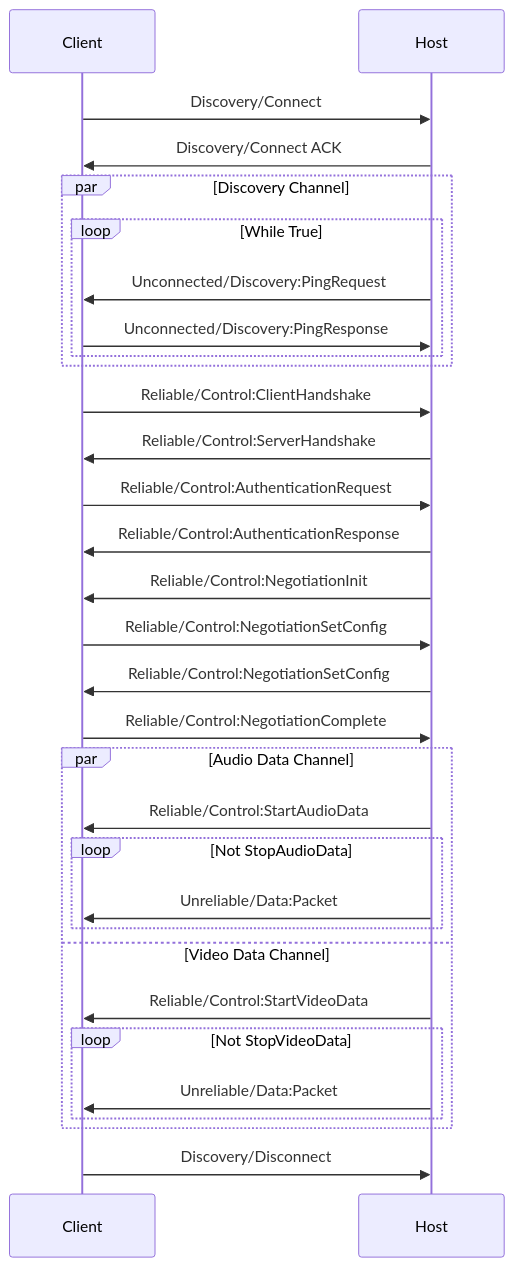
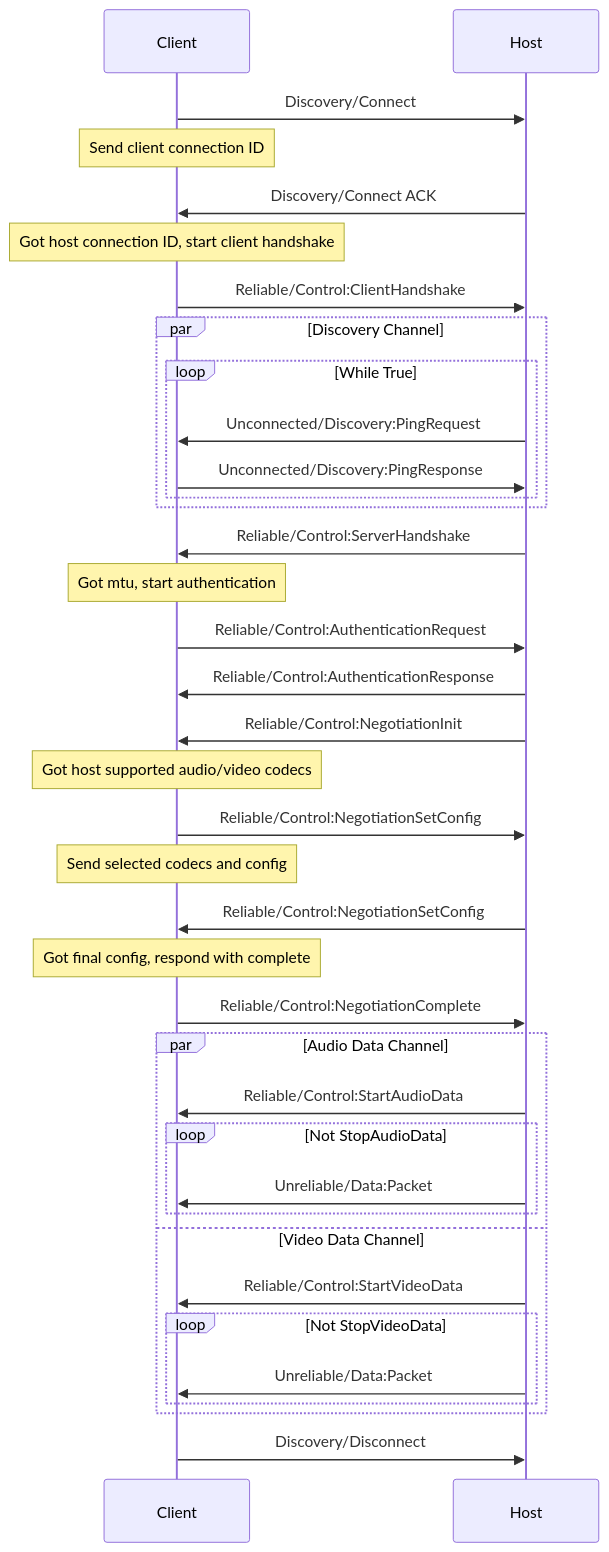
Before and after one commit to mariotaku/steamlink.py: the diagram in session/README.md, drawn with Mermaid.

````diff
--- a/session/README.md
+++ b/session/README.md
@@ -3,31 +3,37 @@
 ```mermaid
 sequenceDiagram
   Client ->> Host: Discovery/Connect
+  Note over Client: Send client connection ID
   Host ->> Client: Discovery/Connect ACK
+  Note over Client: Got host connection ID, start client handshake
+  Client ->> Host: Reliable/Control:ClientHandshake
   par Discovery Channel
     loop While True
       Host ->> Client: Unconnected/Discovery:PingRequest
       Client ->> Host: Unconnected/Discovery:PingResponse
     end
   end
-  Client ->> Host: Reliable/Control:ClientHandshake
   Host ->> Client: Reliable/Control:ServerHandshake
+  Note over Client: Got mtu, start authentication
   Client ->> Host: Reliable/Control:AuthenticationRequest
   Host ->> Client: Reliable/Control:AuthenticationResponse
   Host ->> Client: Reliable/Control:NegotiationInit
+  Note over Client: Got host supported audio/video codecs
   Client ->> Host: Reliable/Control:NegotiationSetConfig
+  Note over Client: Send selected codecs and config
   Host ->> Client: Reliable/Control:NegotiationSetConfig
+  Note over Client: Got final config, respond with complete
   Client ->> Host: Reliable/Control:NegotiationComplete
   par Audio Data Channel
     Host ->> Client: Reliable/Control:StartAudioData
     loop Not StopAudioData
       Host ->> Client: Unreliable/Data:Packet 
     end
   and Video Data Channel
     Host ->> Client: Reliable/Control:StartVideoData
     loop Not StopVideoData
       Host ->> Client: Unreliable/Data:Packet 
     end
   end
   Client ->> Host: Discovery/Disconnect
 ```
````
